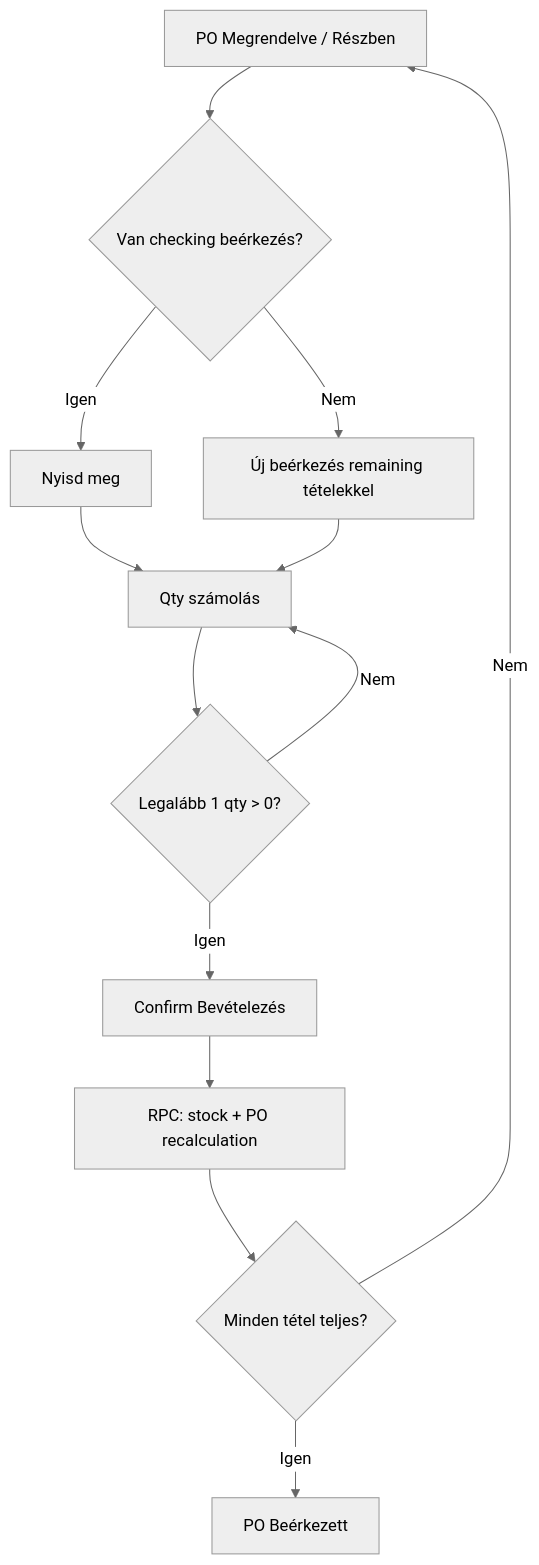
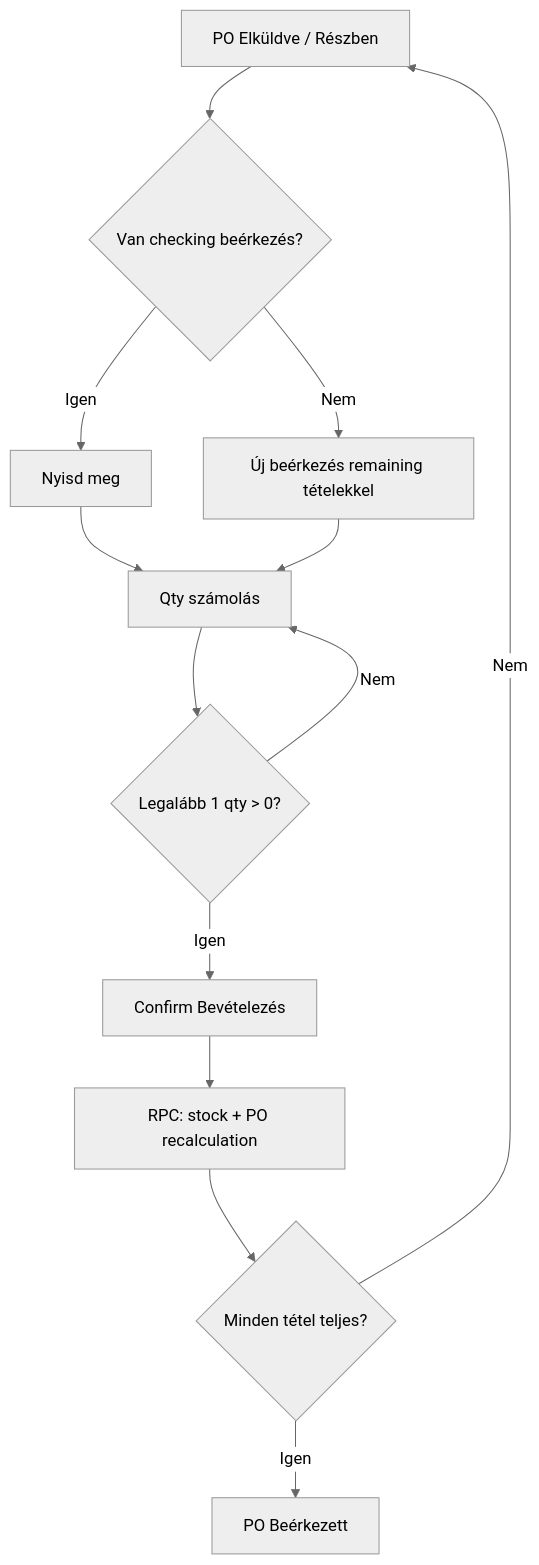
The second of 2 diagrams in modul-app/docs/24-beszerzes-workflow.md (turinova/erp_turinova_new), drawn with Mermaid (neutral theme) before and after one commit. The commit also changed other lines of this file and 83 other files, not shown here.

````diff
--- a/modul-app/docs/24-beszerzes-workflow.md
+++ b/modul-app/docs/24-beszerzes-workflow.md
@@ -432,15 +433,15 @@
 ```mermaid
 flowchart TD
-  A[PO Megrendelve / Részben] --> B{Van checking beérkezés?}
+  A[PO Elküldve / Részben] --> B{Van checking beérkezés?}
   B -->|Igen| C[Nyisd meg]
   B -->|Nem| D[Új beérkezés remaining tételekkel]
   C --> E[Qty számolás]
   D --> E
   E --> F{Legalább 1 qty > 0?}
   F -->|Nem| E
   F -->|Igen| G[Confirm Bevételezés]
   G --> H[RPC: stock + PO recalculation]
   H --> I{Minden tétel teljes?}
   I -->|Nem| A
   I -->|Igen| J[PO Beérkezett]
 ```
````
